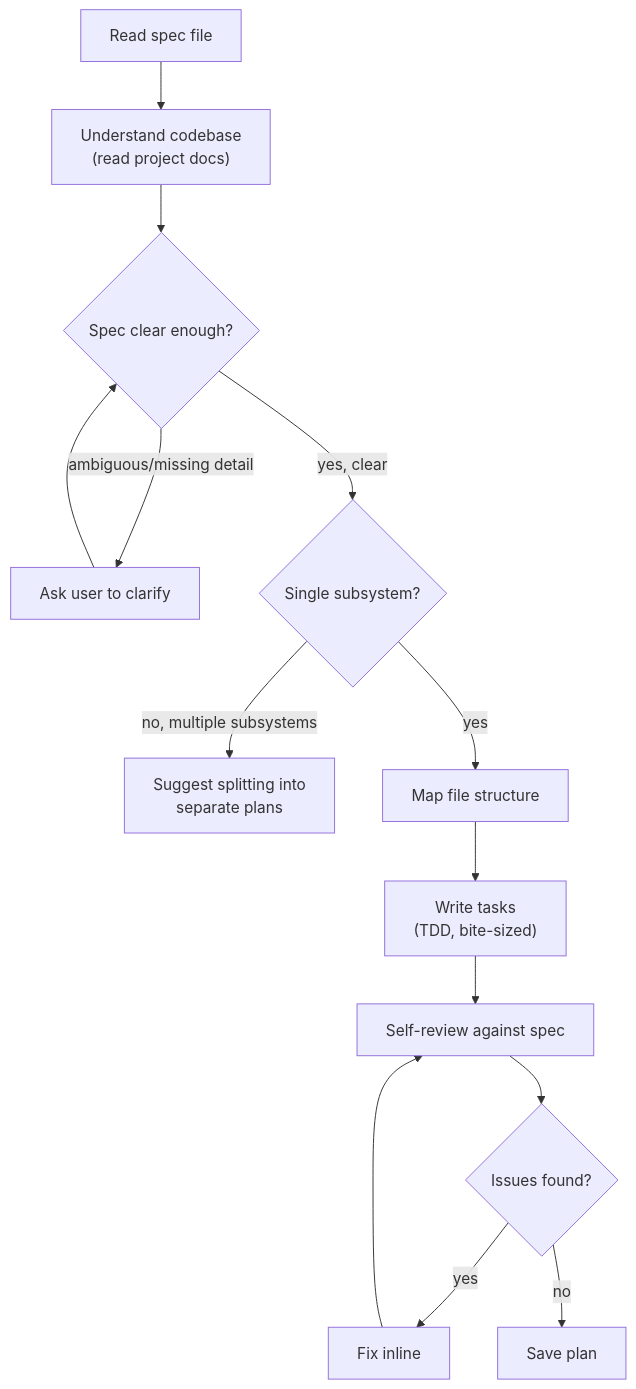
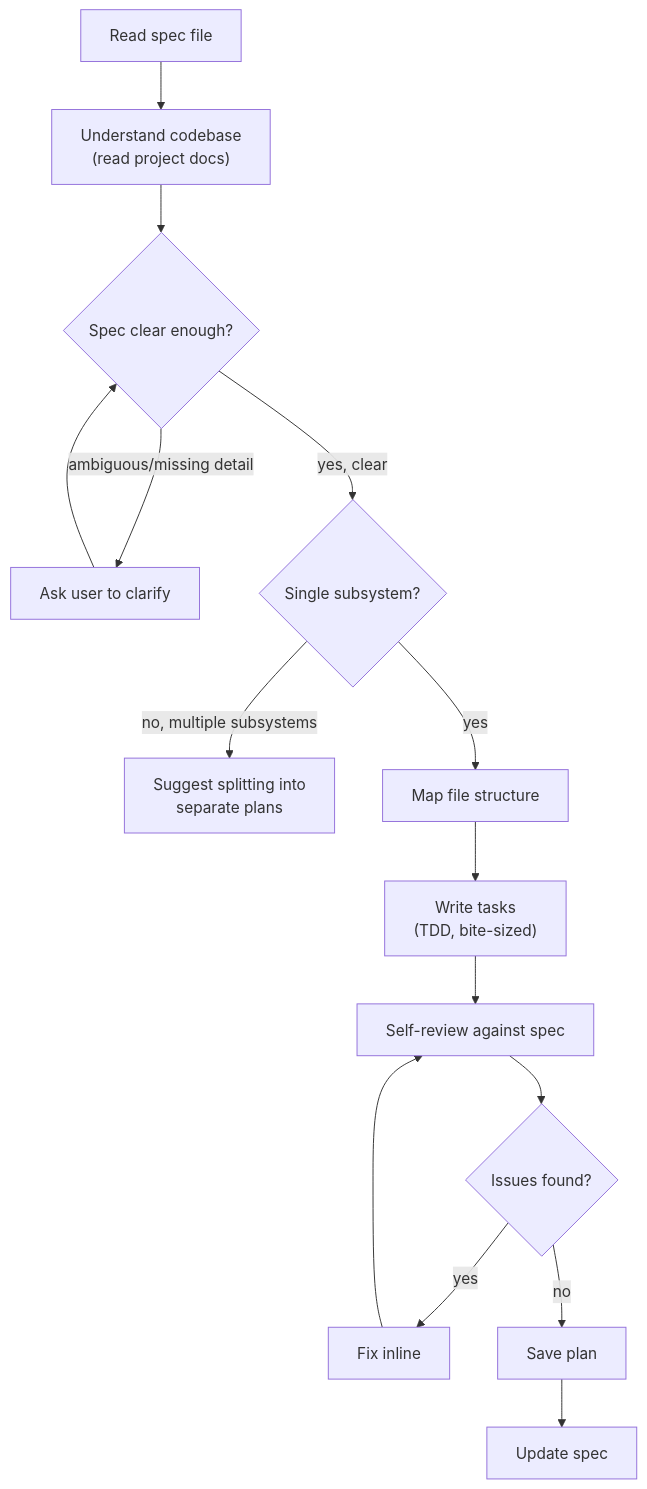
Before and after one commit to quangson137/superbrain: the diagram in skills/writing-plans/SKILL.md, drawn with Mermaid. The commit also changed other lines of this file and 1 other file, not shown here.

````diff
--- a/skills/writing-plans/SKILL.md
+++ b/skills/writing-plans/SKILL.md
@@ -29,29 +30,30 @@
 ```mermaid
 flowchart TD
     A["Read spec file"]
     A1["Understand codebase<br/>(read project docs)"]
     B{"Spec clear enough?"}
     C["Ask user to clarify"]
     D{"Single subsystem?"}
     E["Suggest splitting into<br/>separate plans"]
     F["Map file structure"]
     G["Write tasks<br/>(TDD, bite-sized)"]
     H["Self-review against spec"]
     I{"Issues found?"}
     J["Fix inline"]
     K["Save plan"]
 
     A --> A1
     A1 --> B
     B -- "ambiguous/missing detail" --> C
     C --> B
     B -- "yes, clear" --> D
     D -- "no, multiple subsystems" --> E
     D -- "yes" --> F
     F --> G
     G --> H
     H --> I
     I -- yes --> J
     J --> H
     I -- no --> K
+    K --> L["Update spec"]
 ```
````
